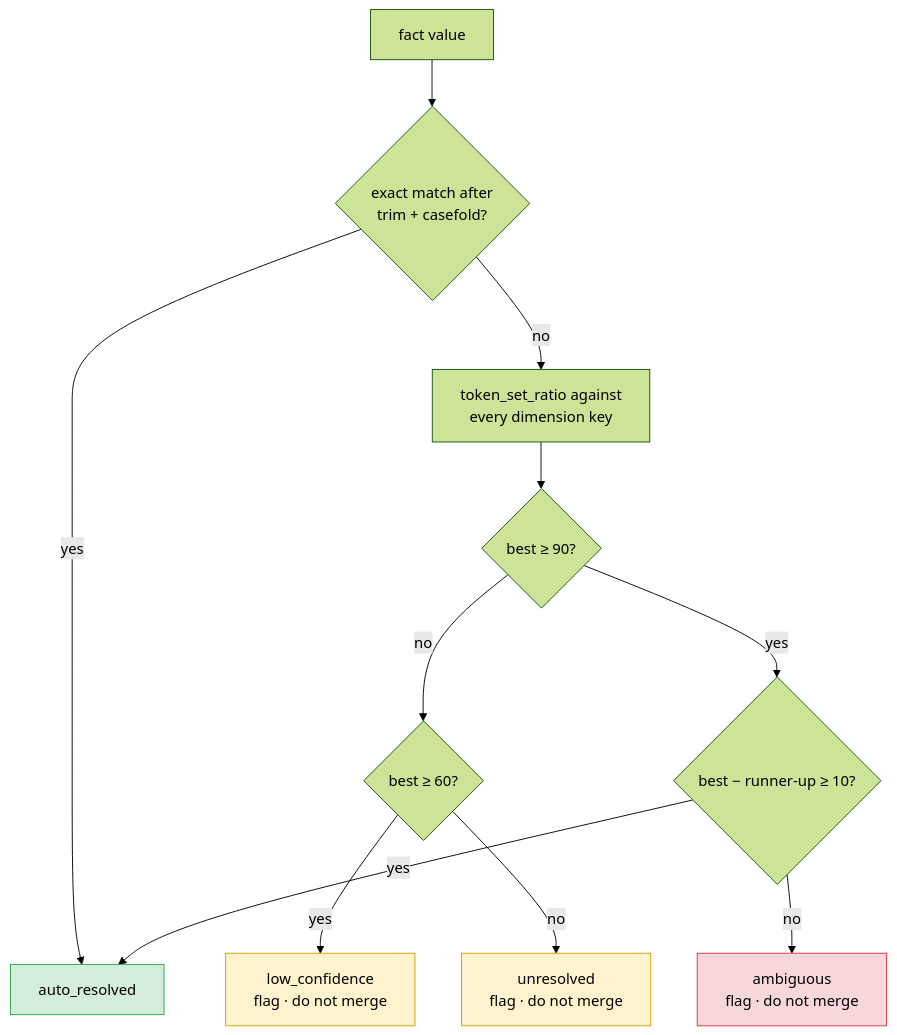
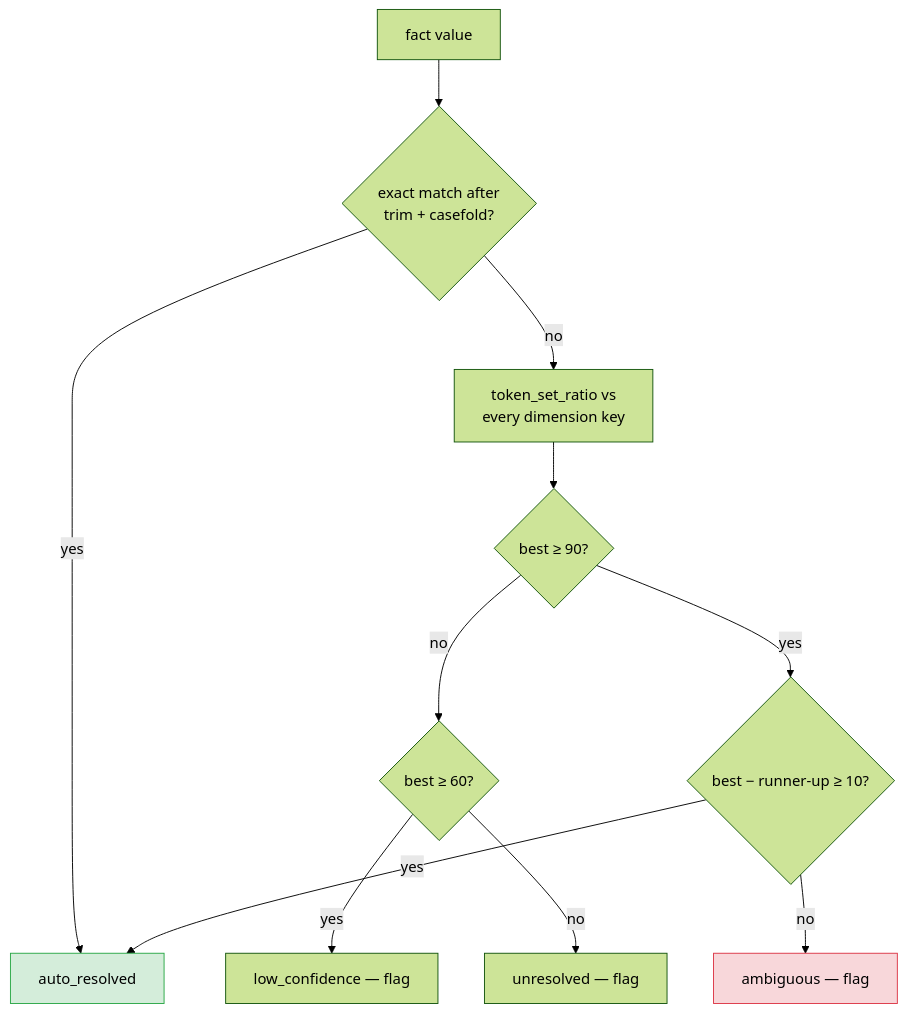
Before and after one commit to rahul-neogi-exavalu/Dirty_excel_cleaner: the fourth of 4 diagrams in ARCHITECTURE.md, drawn with Mermaid (forest theme). The commit also changed other lines of this file and 48 other files, not shown here.

````diff
--- a/ARCHITECTURE.md
+++ b/ARCHITECTURE.md
@@ -350,18 +290,16 @@
 ```mermaid
 flowchart TD
     V["fact value"] --> EX{"exact match after<br/>trim + casefold?"}
     EX -->|yes| AUTO["auto_resolved"]
-    EX -->|no| SC["token_set_ratio against<br/>every dimension key"]
+    EX -->|no| SC["token_set_ratio vs<br/>every dimension key"]
     SC --> B{"best ≥ 90?"}
     B -->|no| L{"best ≥ 60?"}
-    L -->|yes| LOW["low_confidence<br/>flag · do not merge"]
-    L -->|no| UNR["unresolved<br/>flag · do not merge"]
+    L -->|yes| LOW["low_confidence — flag"]
+    L -->|no| UNR["unresolved — flag"]
     B -->|yes| M{"best − runner-up ≥ 10?"}
     M -->|yes| AUTO
-    M -->|no| AMB["ambiguous<br/>flag · do not merge"]
+    M -->|no| AMB["ambiguous — flag"]
 
     style AUTO fill:#d4edda,stroke:#28a745
     style AMB fill:#f8d7da,stroke:#dc3545
-    style LOW fill:#fff3cd,stroke:#d39e00
-    style UNR fill:#fff3cd,stroke:#d39e00
 ```
````
